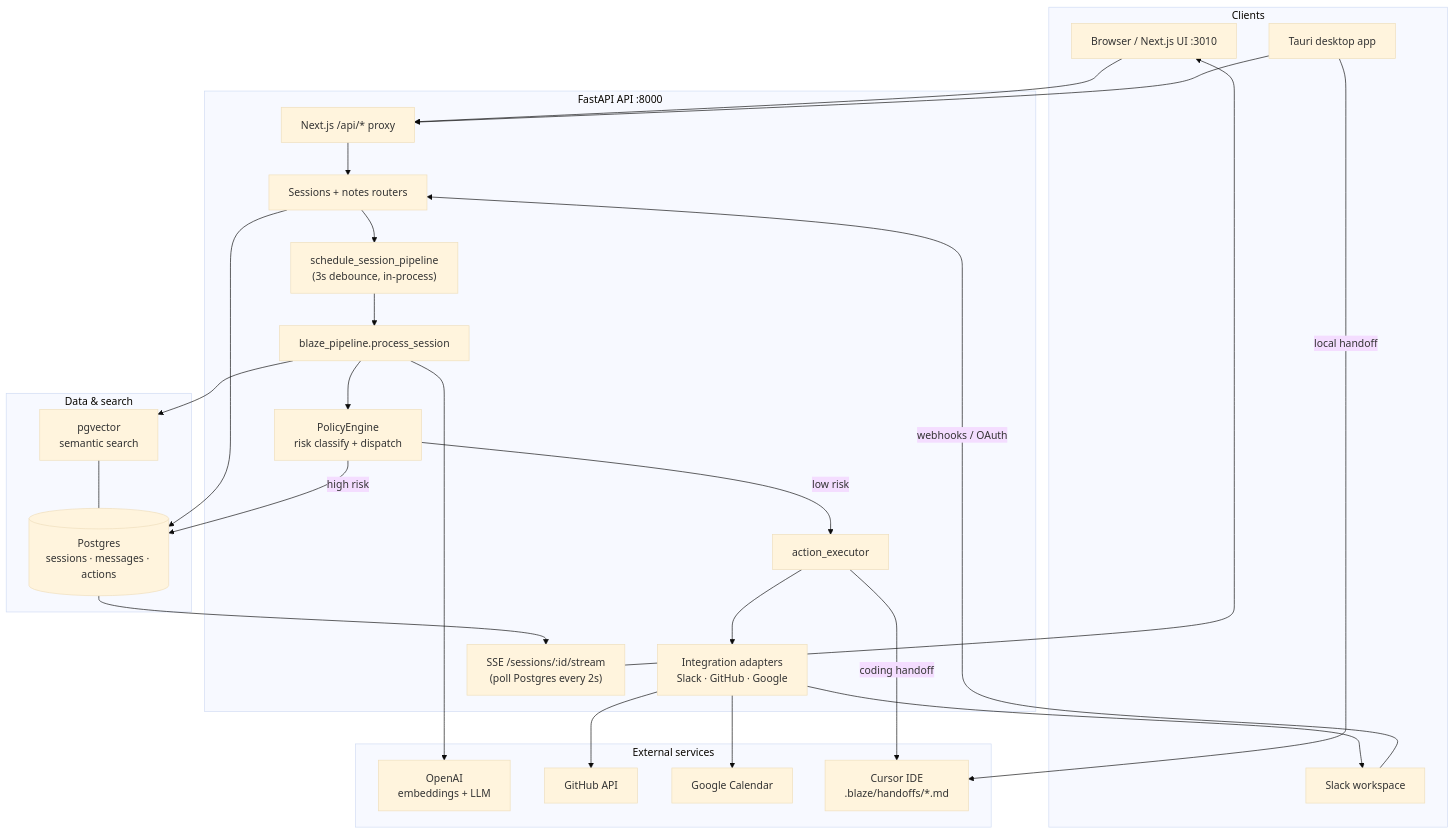
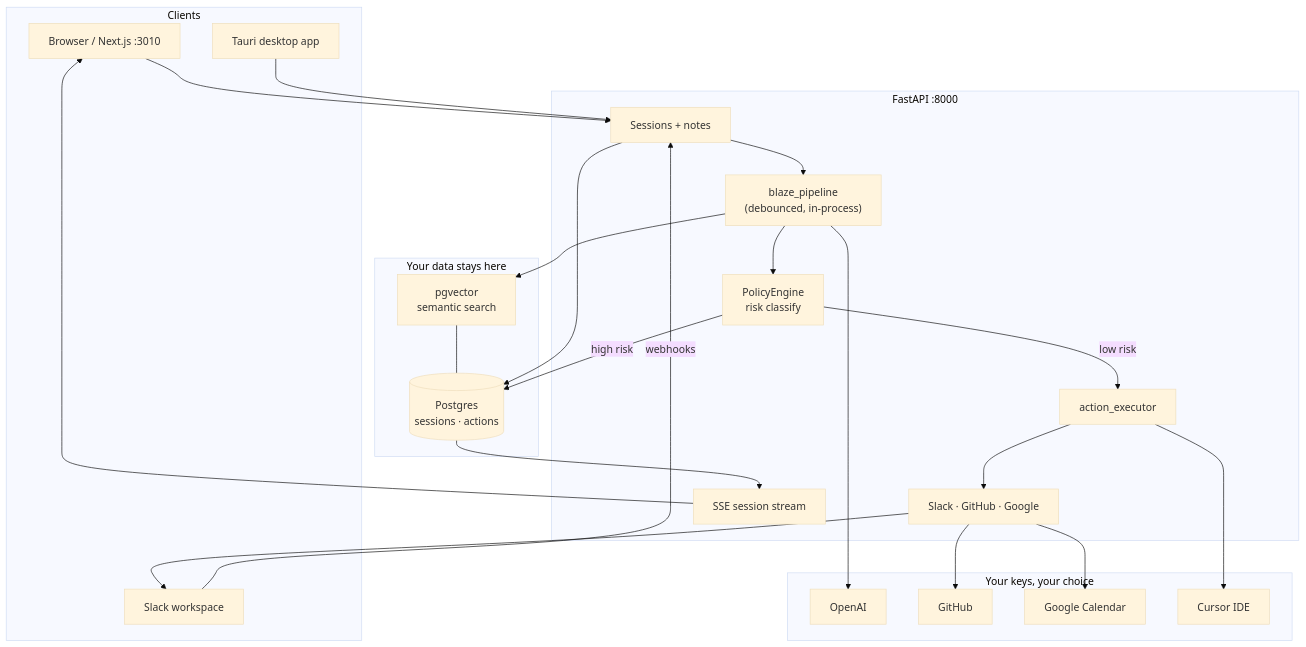
The diagram in README.md (LefterisXefteris/blaze), drawn with Mermaid (base theme) before and after one commit. The commit also changed other lines of this file, not shown here.

Commit message:
Simplify README with data residency focus and quick setup.

````diff
--- a/README.md
+++ b/README.md
@@ -276,57 +69,49 @@
 ```mermaid
 flowchart TB
     subgraph clients["Clients"]
-        Browser["Browser / Next.js UI :3010"]
+        Browser["Browser / Next.js :3010"]
         Desktop["Tauri desktop app"]
         Slack["Slack workspace"]
     end
 
-    subgraph api["FastAPI API :8000"]
-        Proxy["Next.js /api/* proxy"]
-        Sessions["Sessions + notes routers"]
-        Queue["schedule_session_pipeline<br/>(3s debounce, in-process)"]
-        Pipeline["blaze_pipeline.process_session"]
-        Policy["PolicyEngine<br/>risk classify + dispatch"]
+    subgraph api["FastAPI :8000"]
+        Sessions["Sessions + notes"]
+        Pipeline["blaze_pipeline<br/>(debounced, in-process)"]
+        Policy["PolicyEngine<br/>risk classify"]
         Executor["action_executor"]
-        Adapters["Integration adapters<br/>Slack · GitHub · Google"]
-        SSE["SSE /sessions/:id/stream<br/>(poll Postgres every 2s)"]
+        Adapters["Slack · GitHub · Google"]
+        SSE["SSE session stream"]
     end
 
-    subgraph data["Data & search"]
-        PG[("Postgres<br/>sessions · messages · actions")]
+    subgraph data["Your data stays here"]
+        PG[("Postgres<br/>sessions · actions")]
         Vec["pgvector<br/>semantic search"]
     end
 
-    subgraph external["External services"]
-        OpenAI["OpenAI<br/>embeddings + LLM"]
-        GH["GitHub API"]
+    subgraph external["Your keys, your choice"]
+        OpenAI["OpenAI"]
+        GH["GitHub"]
         GCal["Google Calendar"]
-        Cursor["Cursor IDE<br/>.blaze/handoffs/*.md"]
+        Cursor["Cursor IDE"]
     end
 
-    Browser --> Proxy
-    Desktop --> Proxy
-    Proxy --> Sessions
-    Slack -->|webhooks / OAuth| Sessions
+    Browser --> Sessions
+    Desktop --> Sessions
+    Slack -->|webhooks| Sessions
 
     Sessions --> PG
-    Sessions --> Queue
-    Queue --> Pipeline
-
+    Sessions --> Pipeline
     Pipeline --> Vec
     Pipeline --> OpenAI
     Pipeline --> Policy
     Policy -->|low risk| Executor
     Policy -->|high risk| PG
     Executor --> Adapters
     Adapters --> Slack
     Adapters --> GH
     Adapters --> GCal
-    Executor -->|coding handoff| Cursor
-    Desktop -->|local handoff| Cursor
-
+    Executor --> Cursor
     PG --> SSE
     SSE --> Browser
-
     Vec --- PG
 ```
````
